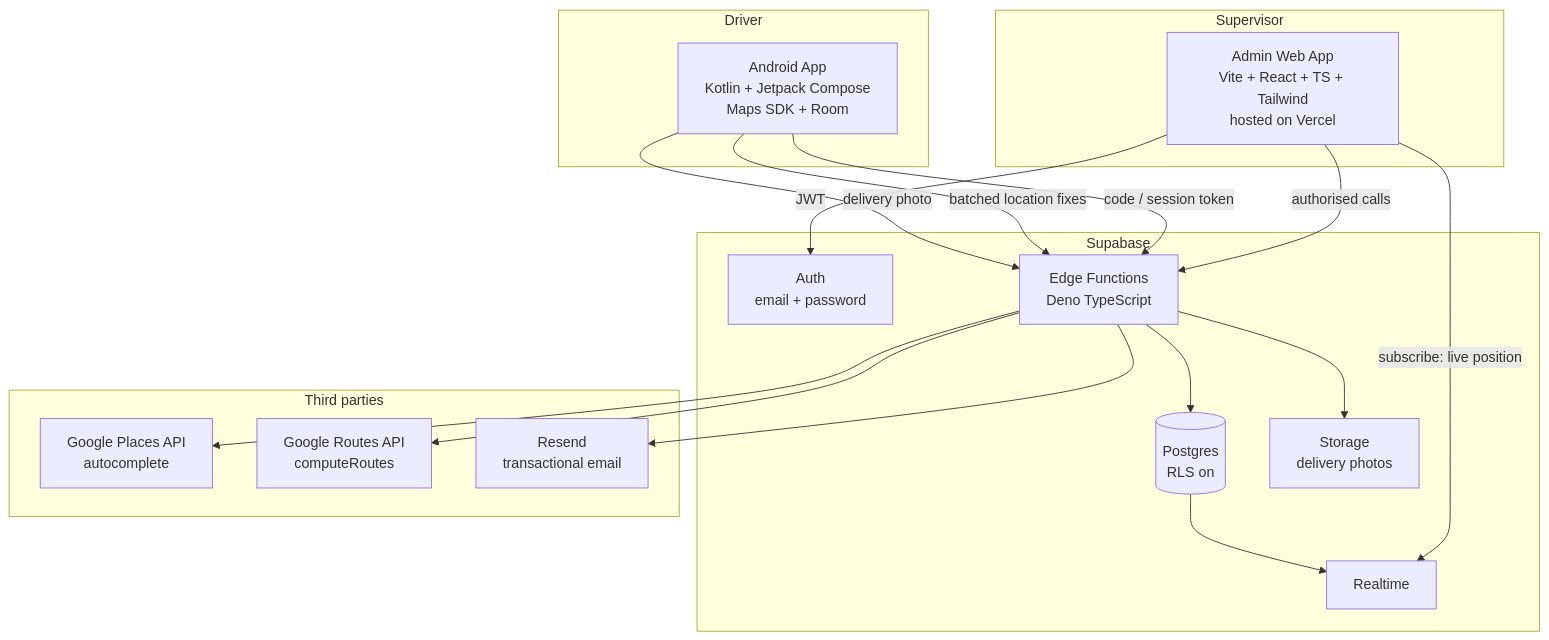
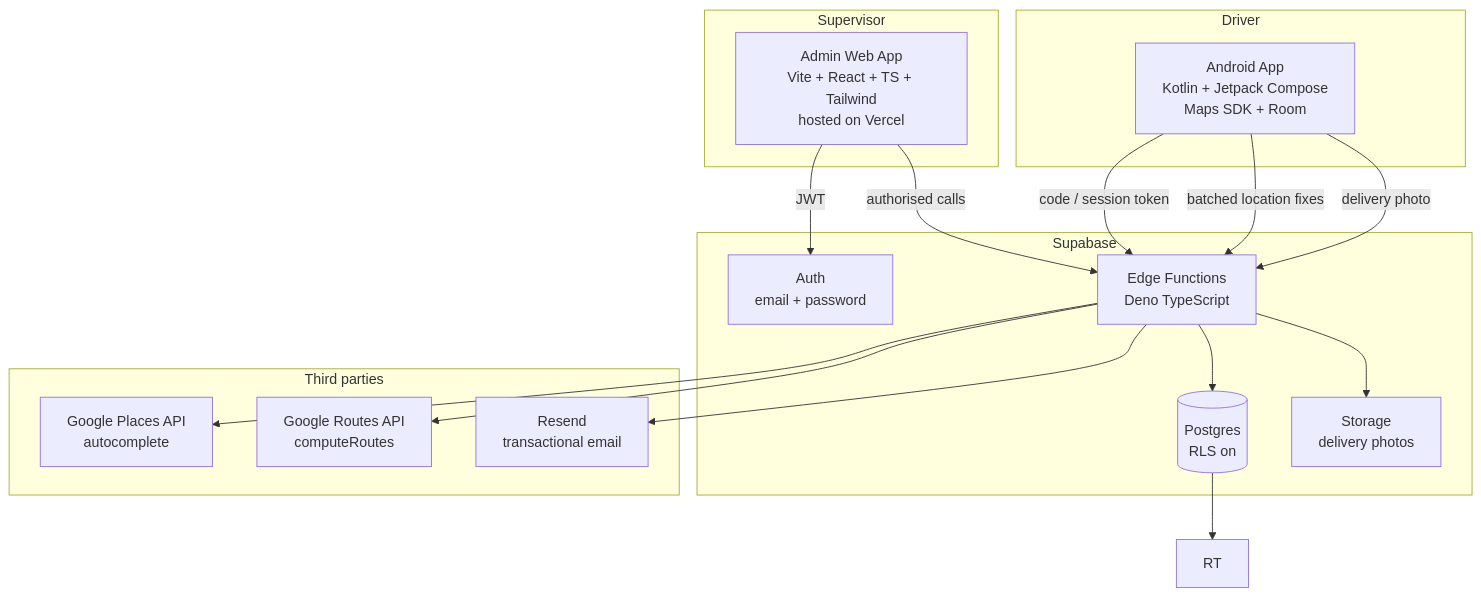
Before and after one commit to Humble-Coders/HumbleDrive: the first of 3 diagrams in docs/PRD.md, drawn with Mermaid. The commit also changed other lines of this file and 2 other files, not shown here.

First line of the commit message:
Draft ticket 13; cut the live supervisor map, resolve OD-3

````diff
--- a/docs/PRD.md
+++ b/docs/PRD.md
@@ -69,37 +69,35 @@
 ```mermaid
 graph TB
     subgraph Admin["Supervisor"]
         WEB["Admin Web App<br/>Vite + React + TS + Tailwind<br/>hosted on Vercel"]
     end
 
     subgraph Driver["Driver"]
         APP["Android App<br/>Kotlin + Jetpack Compose<br/>Maps SDK + Room"]
     end
 
     subgraph Supabase["Supabase"]
         AUTH["Auth<br/>email + password"]
         FN["Edge Functions<br/>Deno TypeScript"]
         DB[("Postgres<br/>RLS on")]
-        RT["Realtime"]
         ST["Storage<br/>delivery photos"]
     end
 
     subgraph External["Third parties"]
         GP["Google Places API<br/>autocomplete"]
         GR["Google Routes API<br/>computeRoutes"]
         RS["Resend<br/>transactional email"]
     end
 
     WEB -->|"JWT"| AUTH
     WEB -->|"authorised calls"| FN
-    WEB -->|"subscribe: live position"| RT
     APP -->|"code / session token"| FN
     APP -->|"batched location fixes"| FN
     APP -->|"delivery photo"| FN
     FN --> DB
     FN --> GP
     FN --> GR
     FN --> RS
     FN --> ST
     DB --> RT
 ```
````
